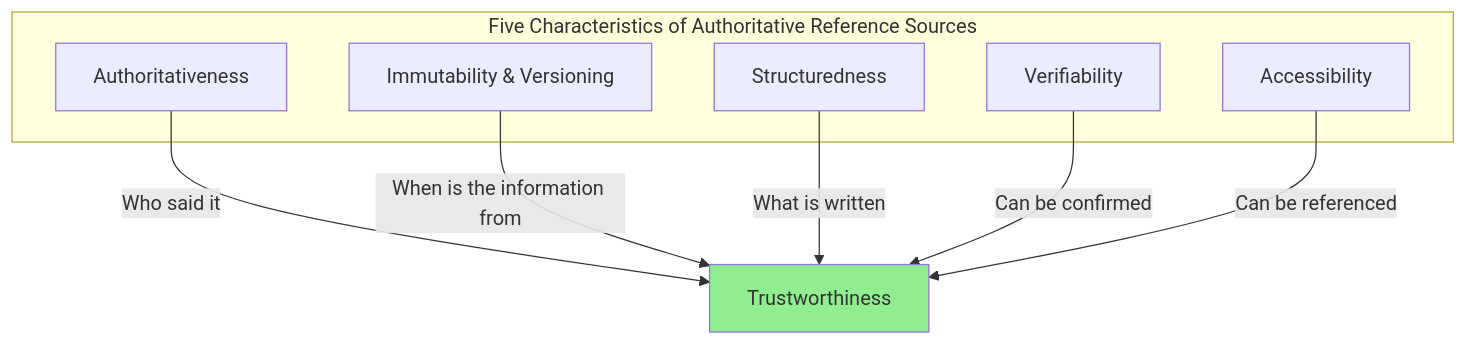
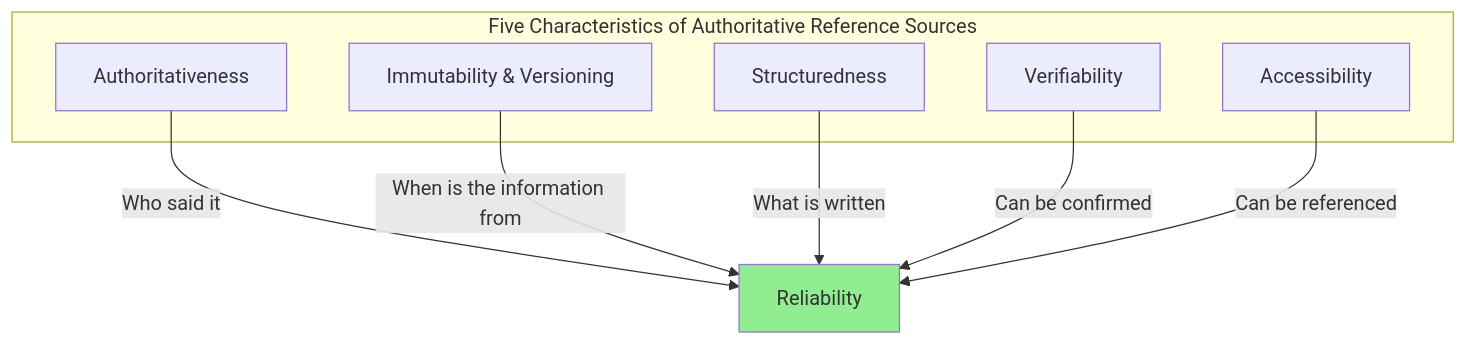
Before and after one commit to shuji-bonji/ai-agent-architecture: the fifth of 15 diagrams in docs/concepts/02-reference-sources.md, drawn with Mermaid. The commit also changed other lines of this file and 1 other file, not shown here.

````diff
--- a/docs/concepts/02-reference-sources.md
+++ b/docs/concepts/02-reference-sources.md
@@ -182,18 +186,18 @@
 ```mermaid
 graph TB
     subgraph Five Characteristics of Authoritative Reference Sources
         AUTH[Authoritativeness]
         IMMUT[Immutability & Versioning]
         STRUCT[Structuredness]
         VERIFY[Verifiability]
         ACCESS[Accessibility]
     end
 
-    AUTH --> |"Who said it"| TRUST[Trustworthiness]
-    IMMUT --> |"When is the information from"| TRUST
-    STRUCT --> |"What is written"| TRUST
-    VERIFY --> |"Can be confirmed"| TRUST
-    ACCESS --> |"Can be referenced"| TRUST
+    AUTH --> |"Who said it"| REL[Reliability]
+    IMMUT --> |"When is the information from"| REL
+    STRUCT --> |"What is written"| REL
+    VERIFY --> |"Can be confirmed"| REL
+    ACCESS --> |"Can be referenced"| REL
 
-    style TRUST fill:#90EE90,color:#333
+    style REL fill:#90EE90,color:#333
 ```
````
